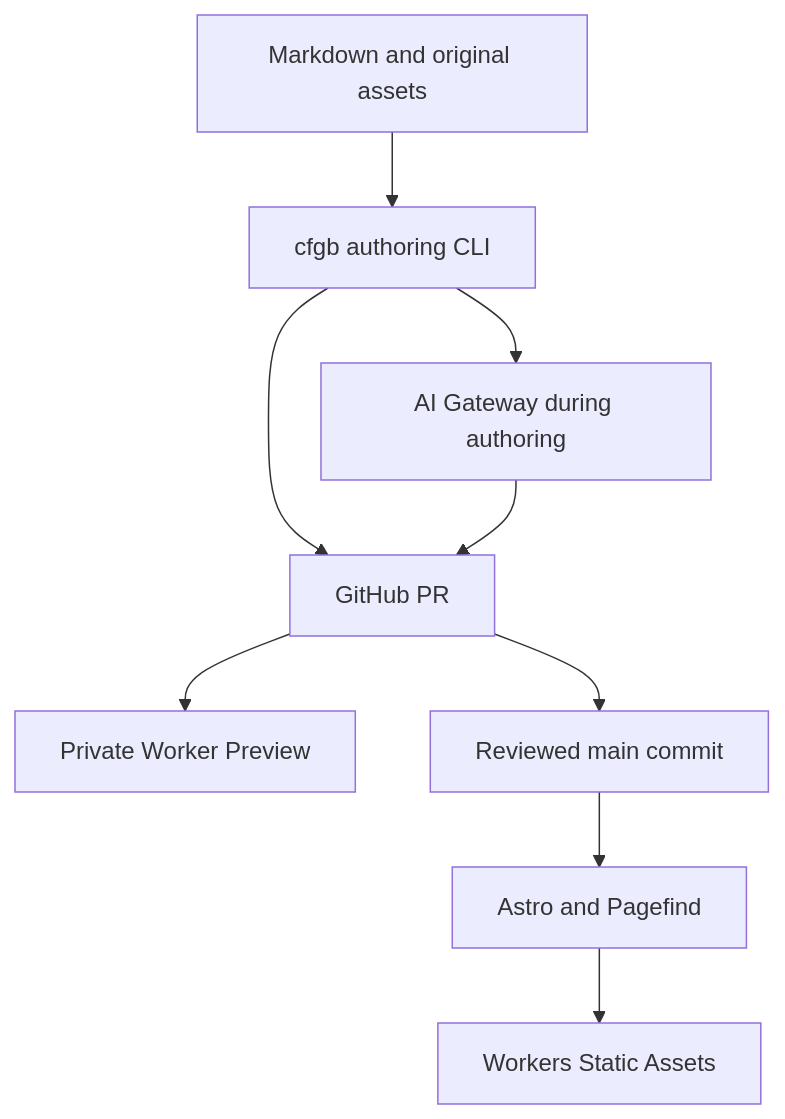
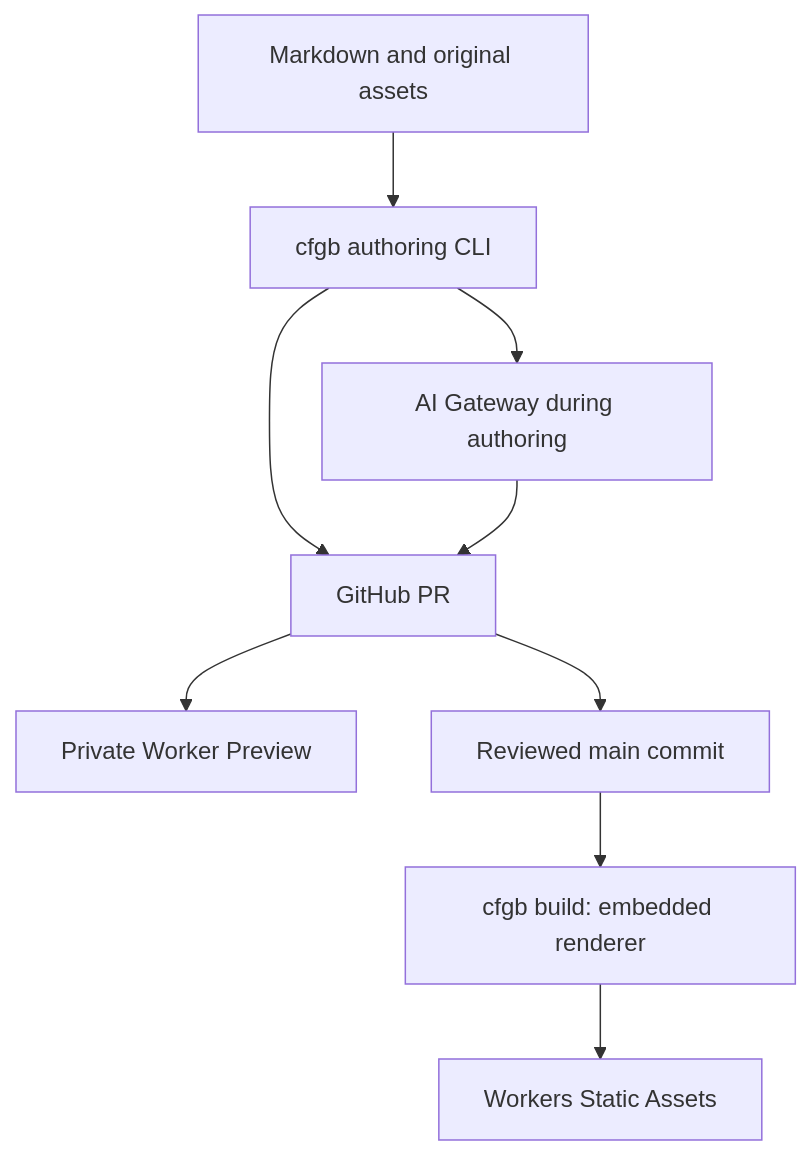
The diagram in docs/spec/00-architecture.md (ymmt2005/cfgb), drawn with Mermaid before and after one commit. The commit also changed other lines of this file and 13 other files, not shown here.

````diff
--- a/docs/spec/00-architecture.md
+++ b/docs/spec/00-architecture.md
@@ -20,11 +35,11 @@
 ```mermaid
 flowchart TD
   Author["Markdown and original assets"] --> CLI["cfgb authoring CLI"]
   CLI --> PR["GitHub PR"]
   CLI --> AI["AI Gateway during authoring"]
   AI --> PR
   PR --> Preview["Private Worker Preview"]
   PR --> Main["Reviewed main commit"]
-  Main --> Build["Astro and Pagefind"]
+  Main --> Build["cfgb build: embedded renderer"]
   Build --> Assets["Workers Static Assets"]
 ```
````
